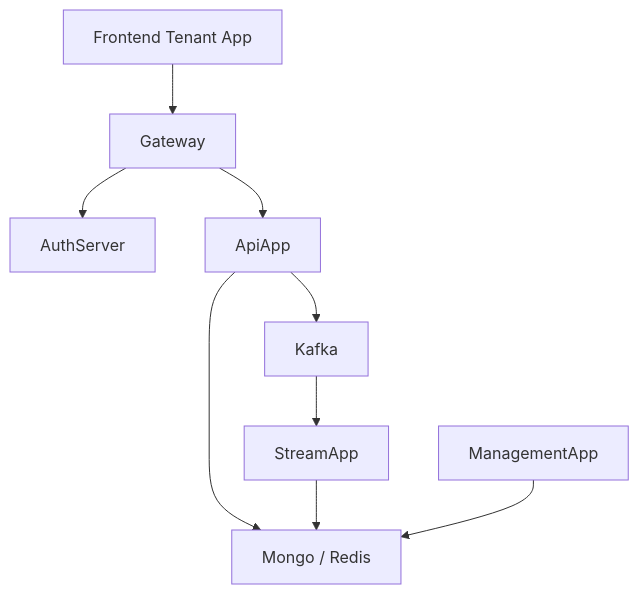
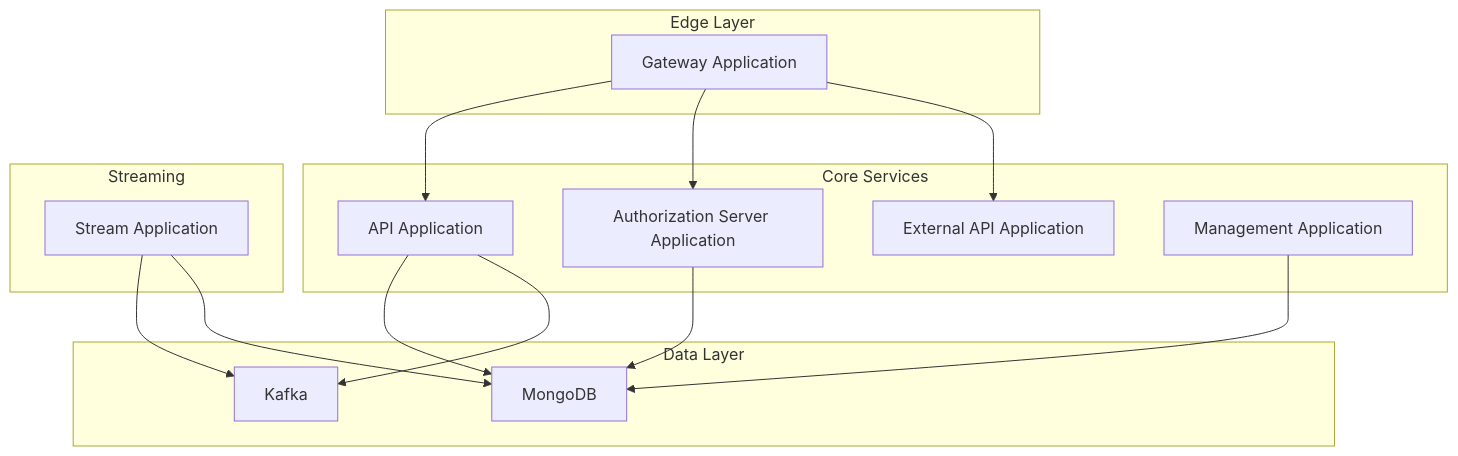
Before and after one commit to Praesto-Pro/openframe-oss-tenant: the fourth of 4 diagrams in docs/architecture/service-applications/service-applications.md, drawn with Mermaid. The commit also changed other lines of this file and 149 other files, not shown here.

````diff
--- a/docs/architecture/service-applications/service-applications.md
+++ b/docs/architecture/service-applications/service-applications.md
@@ -405,14 +274,35 @@
 ```mermaid
 flowchart TD
-    Frontend["Frontend Tenant App"] --> Gateway
-    Gateway --> AuthServer
-    Gateway --> ApiApp
+    subgraph edge["Edge Layer"]
+        GatewayApp["Gateway Application"]
+    end
 
-    ApiApp --> DataLayer["Mongo / Redis"]
+    subgraph core_layer["Core Services"]
+        ApiApp["API Application"]
+        AuthApp["Authorization Server Application"]
+        ExternalApiApp["External API Application"]
+        ManagementApp["Management Application"]
+    end
+
+    subgraph streaming["Streaming"]
+        StreamApp["Stream Application"]
+    end
+
+    subgraph data_layer["Data Layer"]
+        Mongo["MongoDB"]
+        Kafka["Kafka"]
+    end
+
+    GatewayApp --> ApiApp
+    GatewayApp --> AuthApp
+    GatewayApp --> ExternalApiApp
+
+    ApiApp --> Mongo
     ApiApp --> Kafka
 
-    Kafka --> StreamApp
-    StreamApp --> DataLayer
+    StreamApp --> Kafka
+    StreamApp --> Mongo
 
-    ManagementApp --> DataLayer
+    ManagementApp --> Mongo
+    AuthApp --> Mongo
 ```
````
